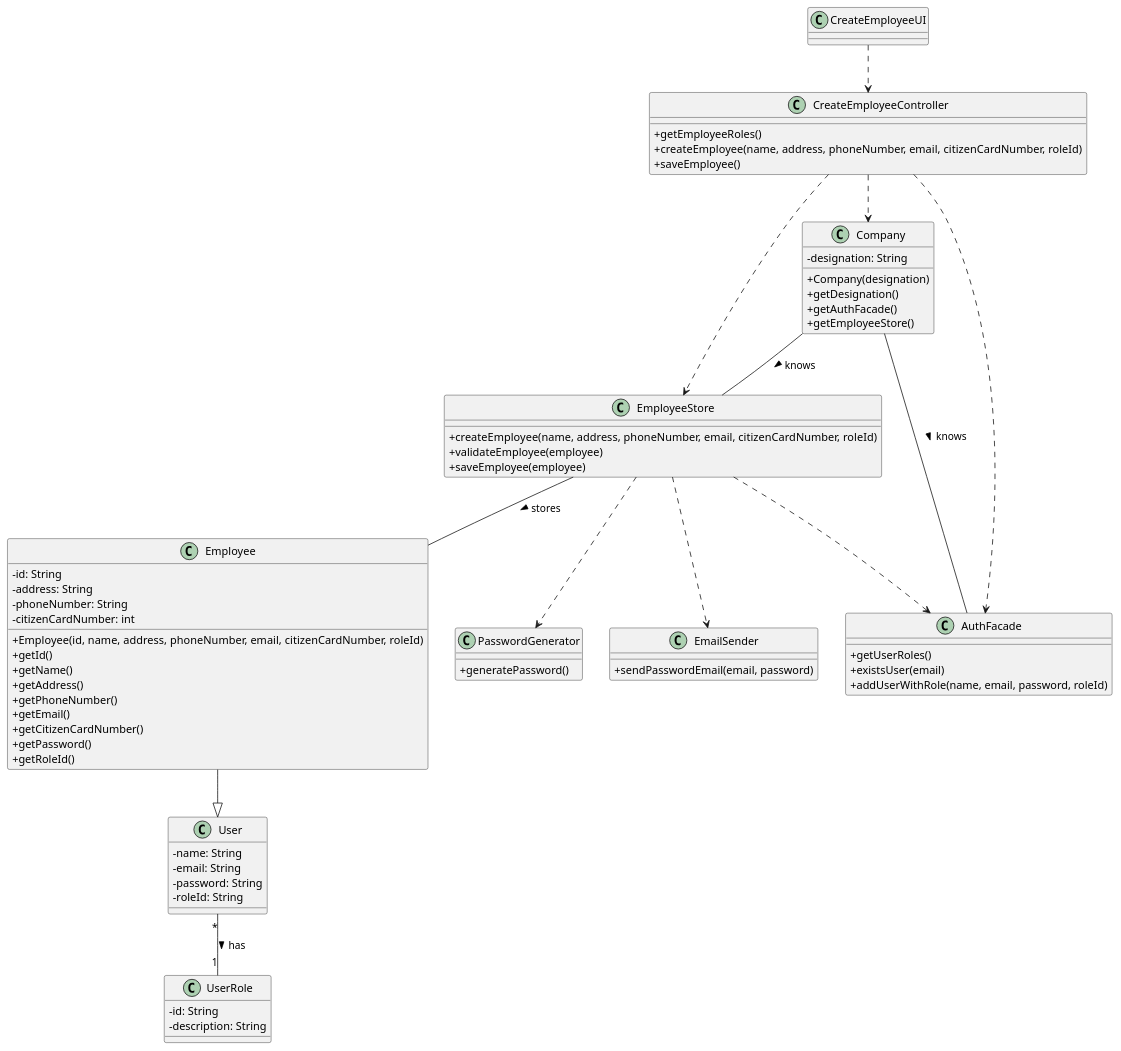
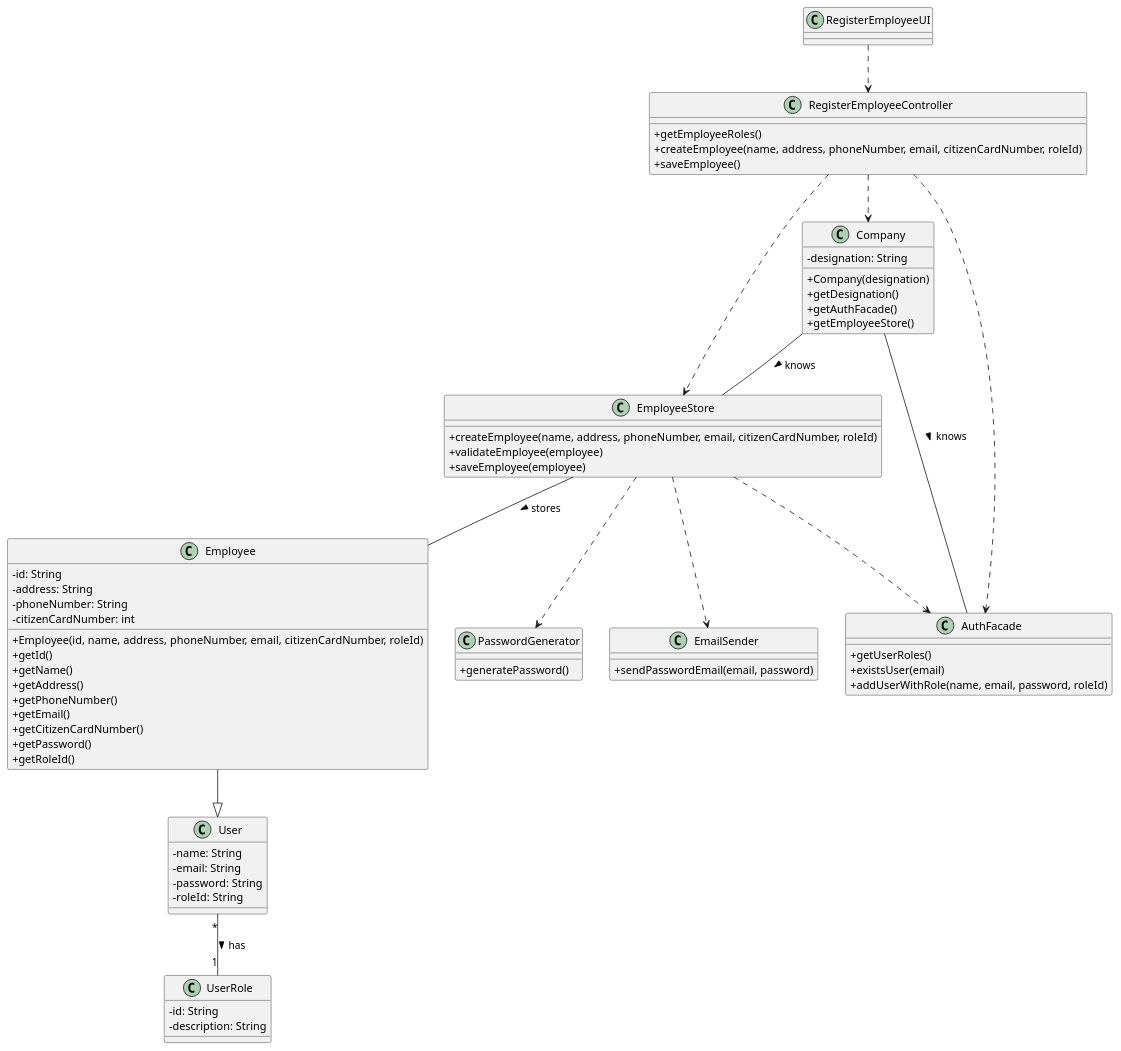
The diagram in docs/SprintB/US10/CD/US10_CD.puml (miseEnPlace-i/lapr2), drawn with PlantUML before and after one commit.

Commit message:
docs(us-10): updated cd - changed CreateEmployee to RegisterEmployee

```diff
--- a/docs/SprintB/US10/CD/US10_CD.puml
+++ b/docs/SprintB/US10/CD/US10_CD.puml
@@ -1,87 +1,87 @@
 @startuml US10_CD
 skinparam classAttributeIconSize 0
 
-class CreateEmployeeUI {
+class RegisterEmployeeUI {
 }
 
-class CreateEmployeeController {
+class RegisterEmployeeController {
   +getEmployeeRoles()
   +createEmployee(name, address, phoneNumber, email, citizenCardNumber, roleId)
   +saveEmployee()
 }
 
 class Company {
   -designation: String
   +Company(designation)
   +getDesignation()
   +getAuthFacade()
   +getEmployeeStore()
 }
 
 class EmployeeStore {
   +createEmployee(name, address, phoneNumber, email, citizenCardNumber, roleId)
   +validateEmployee(employee)
   +saveEmployee(employee)
 }
 
 class Employee {
   -id: String
   -address: String
   -phoneNumber: String
   -citizenCardNumber: int
   +Employee(id, name, address, phoneNumber, email, citizenCardNumber, roleId)
   +getId()
   +getName()
   +getAddress()
   +getPhoneNumber()
   +getEmail()
   +getCitizenCardNumber()
   +getPassword()
   +getRoleId()
 }
 
 class AuthFacade {
   +getUserRoles()
   +existsUser(email)
   +addUserWithRole(name, email, password, roleId)
 }
 
 class PasswordGenerator {
   +generatePassword()
 }
 
 class EmailSender {
   +sendPasswordEmail(email, password)
 }
 
 class User {
   -name: String
   -email: String
   -password: String
   -roleId: String
 }
 
 class UserRole {
   -id: String
   -description: String
 }
 
-CreateEmployeeUI ..> CreateEmployeeController
+RegisterEmployeeUI ..> RegisterEmployeeController
 
-CreateEmployeeController ..> EmployeeStore
-CreateEmployeeController ..> Company
-CreateEmployeeController ..> AuthFacade
+RegisterEmployeeController ..> EmployeeStore
+RegisterEmployeeController ..> Company
+RegisterEmployeeController ..> AuthFacade
 
 EmployeeStore ..> AuthFacade
 EmployeeStore ..> PasswordGenerator
 EmployeeStore ..> EmailSender
 EmployeeStore -- Employee : stores >
 
 Company -- AuthFacade : knows >
 Company -- EmployeeStore : knows >
 
 Employee --|> User
 
 User "*" -- "1" UserRole : has >
 
 @enduml
```
